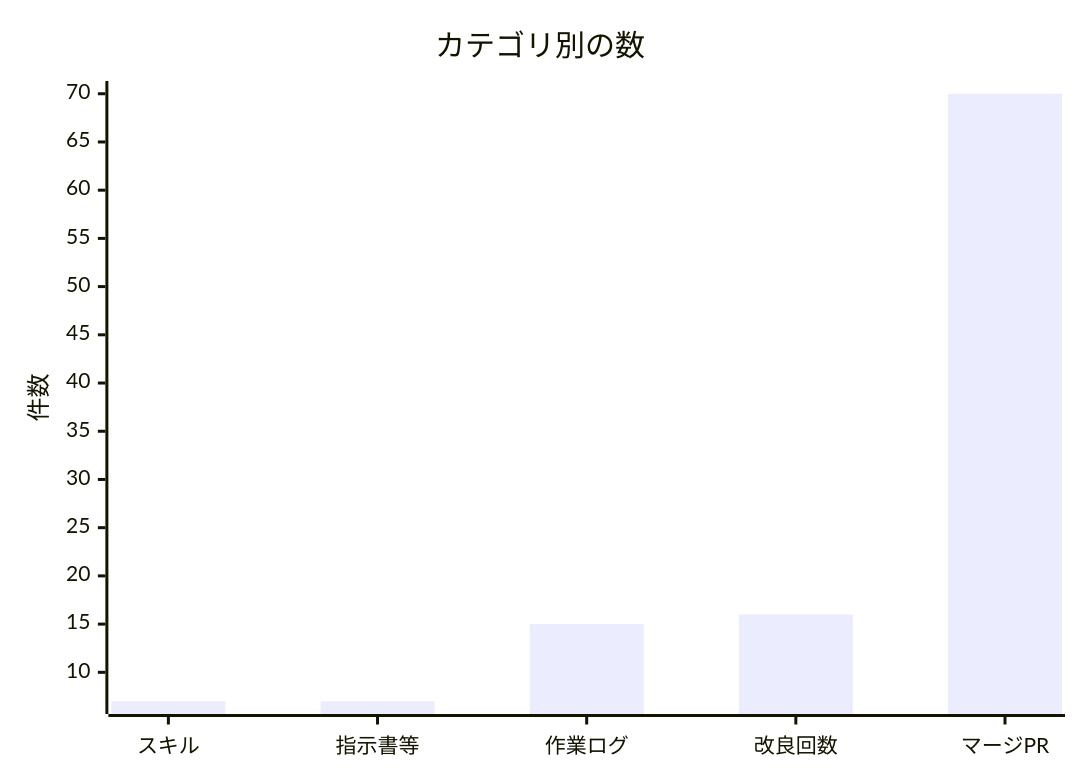
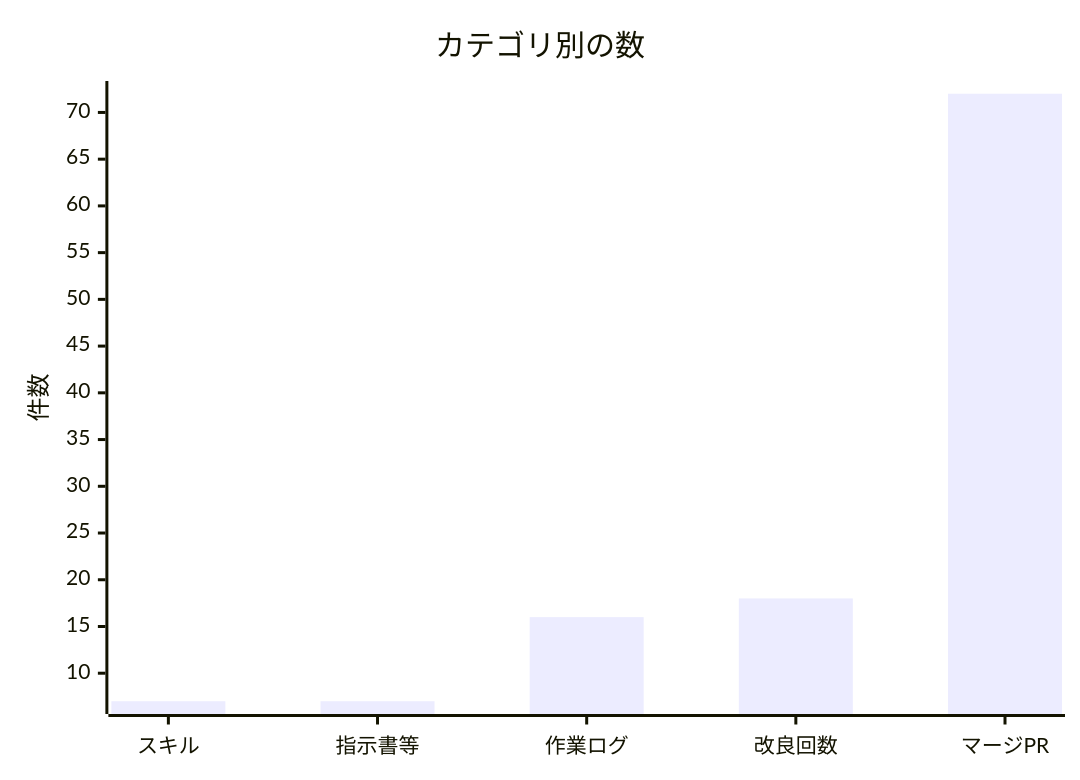
One commit to non-x2/non-x2 changed the second of 2 diagrams in docs/進化レポート.md. Above: the diagram before and after it, drawn with Mermaid. The commit also changed other lines of this file and 2 other files, not shown here.

````diff
--- a/docs/進化レポート.md
+++ b/docs/進化レポート.md
@@ -33,7 +33,7 @@
 ```mermaid
 xychart-beta
     title "カテゴリ別の数"
     x-axis ["スキル", "指示書等", "作業ログ", "改良回数", "マージPR"]
     y-axis "件数"
-    bar [7, 7, 15, 16, 70]
+    bar [7, 7, 16, 18, 72]
 ```
````
